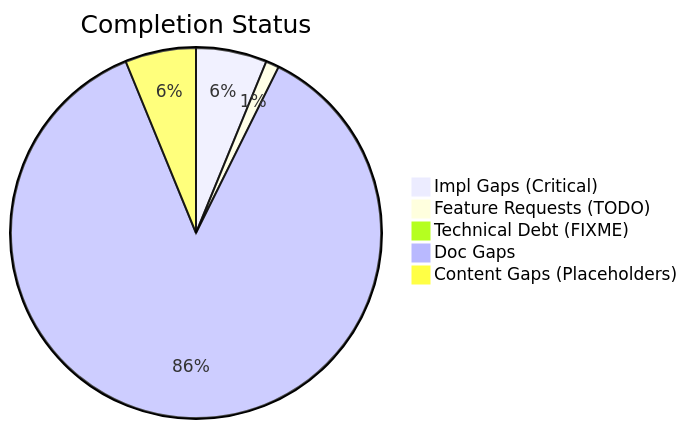
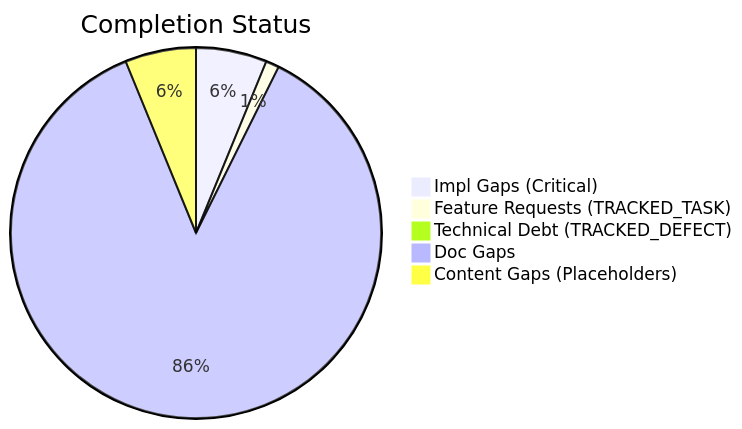
The first of 2 diagrams in docs/assessments/completist/Completist_Report_2026-03-22.md (D-sorganization/AffineDrift), drawn with Mermaid before and after one commit. The commit also changed other lines of this file and 28 other files, not shown here.

````diff
--- a/docs/assessments/completist/Completist_Report_2026-03-22.md
+++ b/docs/assessments/completist/Completist_Report_2026-03-22.md
@@ -12,8 +12,8 @@
 ```mermaid
 pie title Completion Status
     "Impl Gaps (Critical)" : 32
-    "Feature Requests (TODO)" : 6
-    "Technical Debt (FIXME)" : 3
+    "Feature Requests (TRACKED_TASK)" : 6
+    "Technical Debt (TRACKED_DEFECT)" : 3
     "Doc Gaps" : 447
     "Content Gaps (Placeholders)" : 32
 ```
````
